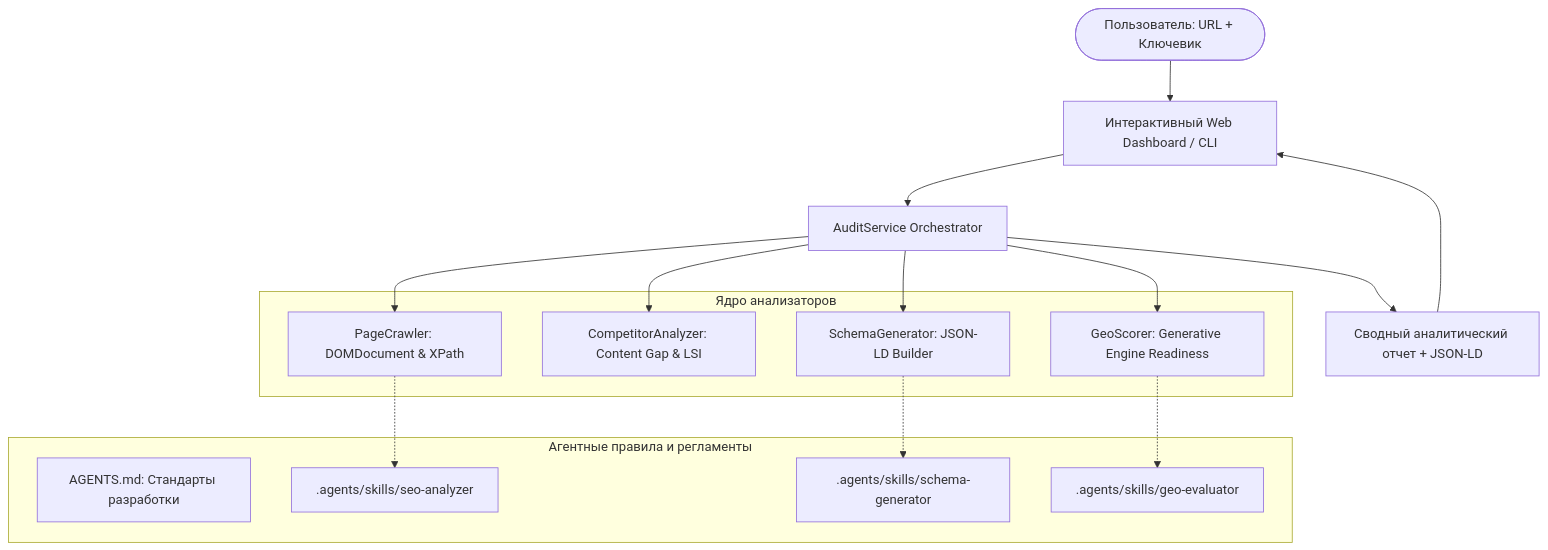
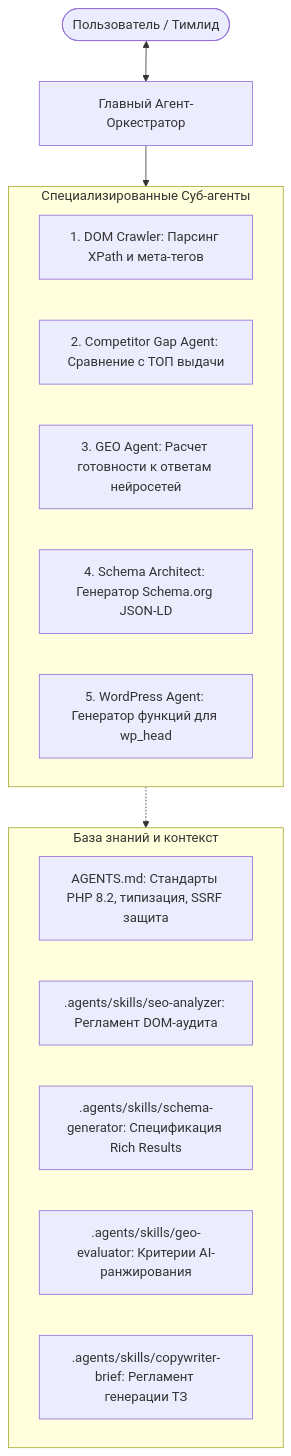
Before and after one commit to Lelyaler/seo-sentinel: the diagram in README.md, drawn with Mermaid. The commit also changed other lines of this file, not shown here.

Commit message:
docs: Update README with comprehensive guide on Agentic architecture, skills, and features

````diff
--- a/README.md
+++ b/README.md
@@ -30,31 +37,23 @@
 ```mermaid
 flowchart TD
-    User([Пользователь: URL + Ключевик]) --> WebUI[Интерактивный Web Dashboard / CLI]
-    WebUI --> Service[AuditService Orchestrator]
+    User([Пользователь / Тимлид]) <--> Orchestrator[Главный Агент-Оркестратор]
 
-    subgraph Core [Ядро анализаторов]
-        Crawler[PageCrawler: DOMDocument & XPath]
-        Comparator[CompetitorAnalyzer: Content Gap & LSI]
-        Generator[SchemaGenerator: JSON-LD Builder]
-        Scorer[GeoScorer: Generative Engine Readiness]
+    subgraph KnowledgeBase [База знаний и контекст]
+        AgentsMD[AGENTS.md: Стандарты PHP 8.2, типизация, SSRF защита]
+        SkillAnalyzer[.agents/skills/seo-analyzer: Регламент DOM-аудита]
+        SkillSchema[.agents/skills/schema-generator: Спецификация Rich Results]
+        SkillGEO[.agents/skills/geo-evaluator: Критерии AI-ранжирования]
+        SkillBrief[.agents/skills/copywriter-brief: Регламент генерации ТЗ]
     end
 
-    subgraph KnowledgeBase [Агентные правила и регламенты]
-        AgentsMD[AGENTS.md: Стандарты разработки]
-        SkillAnalyzer[.agents/skills/seo-analyzer]
-        SkillSchema[.agents/skills/schema-generator]
-        SkillGEO[.agents/skills/geo-evaluator]
+    subgraph Subagents [Специализированные Суб-агенты]
+        CrawlerAgent[1. DOM Crawler: Парсинг XPath и мета-тегов]
+        GapAgent[2. Competitor Gap Agent: Сравнение с ТОП выдачи]
+        GeoAgent[3. GEO Agent: Расчет готовности к ответам нейросетей]
+        SchemaAgent[4. Schema Architect: Генератор Schema.org JSON-LD]
+        WpAgent[5. WordPress Agent: Генератор функций для wp_head]
     end
 
-    Service --> Crawler
-    Service --> Comparator
-    Service --> Generator
-    Service --> Scorer
-
-    Crawler -.-> SkillAnalyzer
-    Generator -.-> SkillSchema
-    Scorer -.-> SkillGEO
-
-    Service --> Result[Сводный аналитический отчет + JSON-LD]
-    Result --> WebUI
+    Orchestrator --> Subagents
+    Subagents -.-> KnowledgeBase
 ```
````
